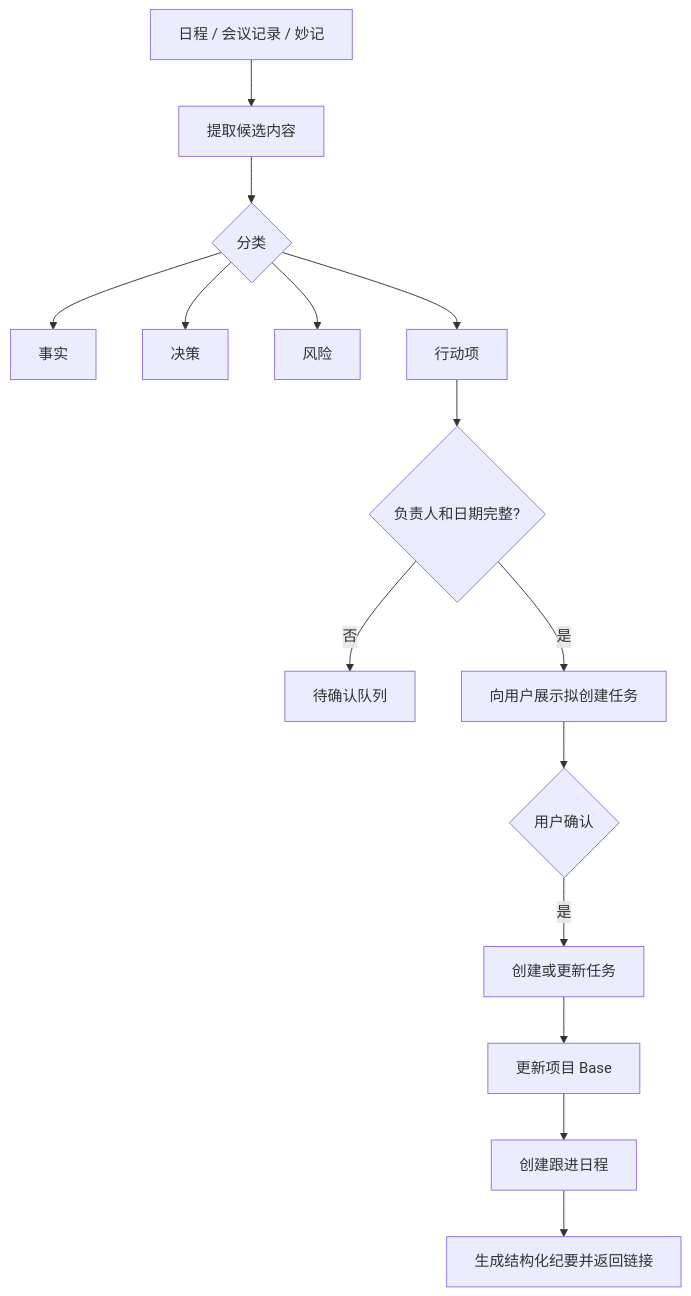
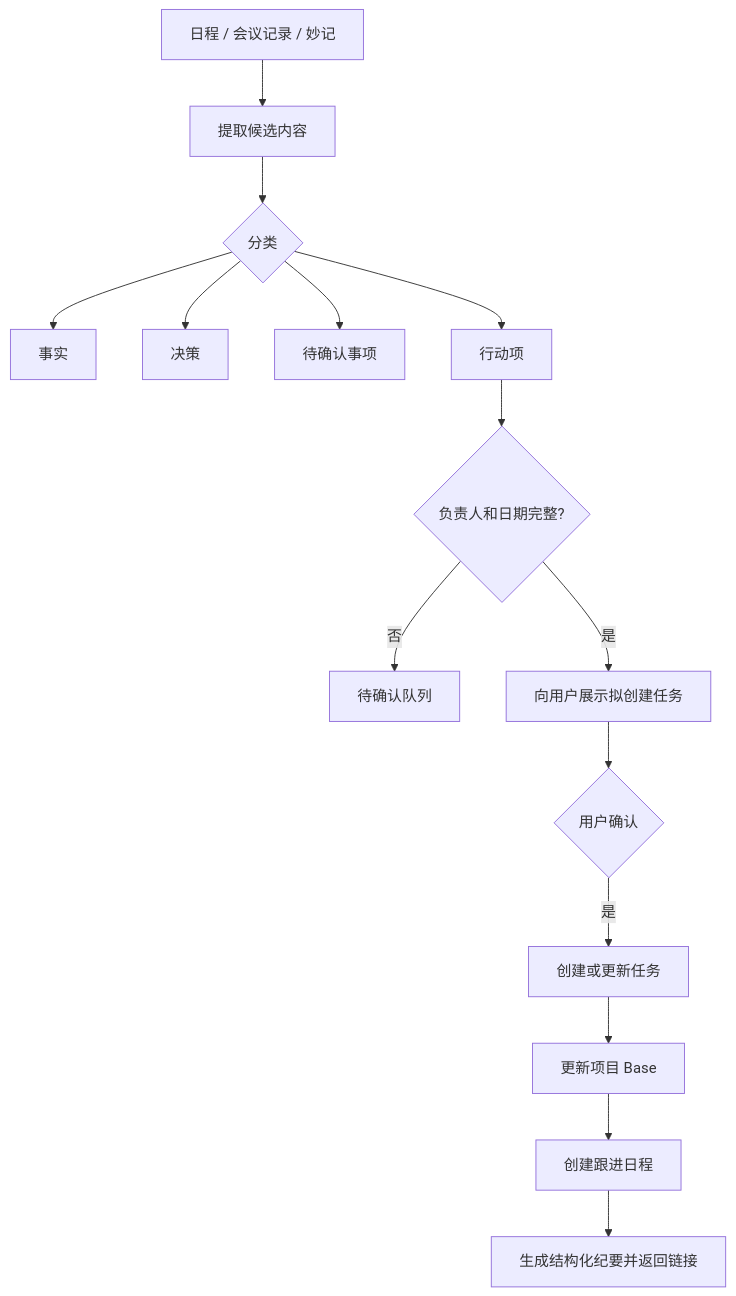
One commit to realchendahuang/feishu-playbook changed the third of 3 diagrams in README.md. Above: the diagram before and after it, drawn with Mermaid. The commit also changed other lines of this file and 3 other files, not shown here.

````diff
--- a/README.md
+++ b/README.md
@@ -446,17 +441,17 @@
 ```mermaid
 flowchart TD
     A[日程 / 会议记录 / 妙记] --> B[提取候选内容]
     B --> C{分类}
     C --> D[事实]
     C --> E[决策]
-    C --> F[风险]
+    C --> F[待确认事项]
     C --> G[行动项]
     G --> H{负责人和日期完整?}
     H -- 否 --> Q[待确认队列]
     H -- 是 --> P[向用户展示拟创建任务]
     P --> I{用户确认}
     I -- 是 --> T[创建或更新任务]
     T --> U[更新项目 Base]
     U --> N[创建跟进日程]
     N --> R[生成结构化纪要并返回链接]
 ```
````
